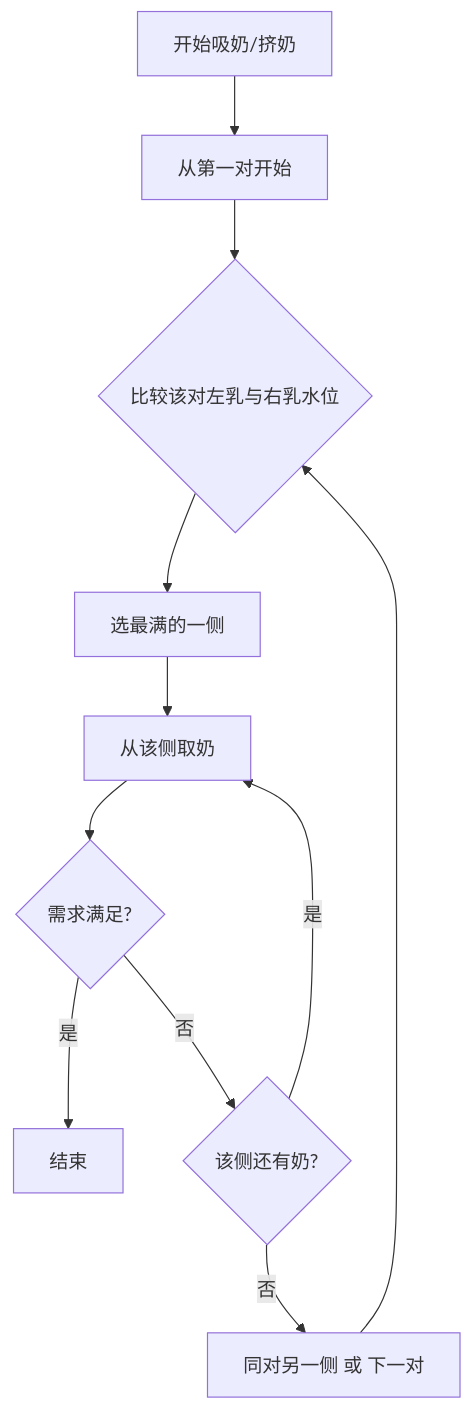
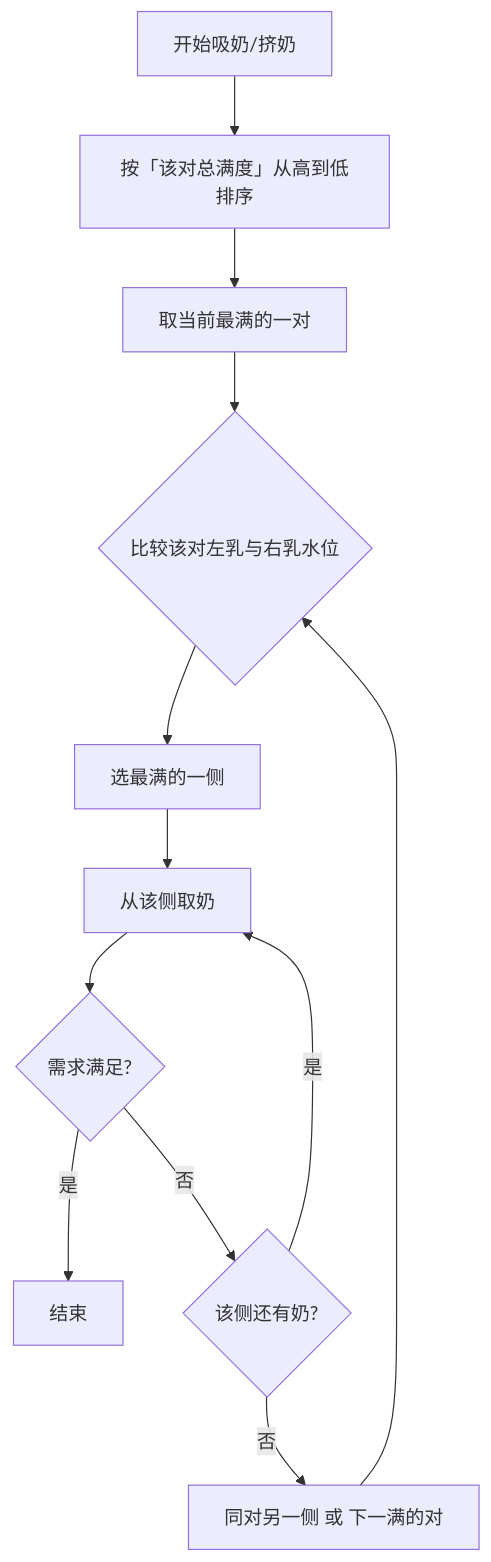
Before and after one commit to q847633684/rjw-cummilk: the fourth of 6 diagrams in Docs/泌乳系统逻辑图.md, drawn with Mermaid. The commit also changed other lines of this file and 17 other files, not shown here.

````diff
--- a/Docs/泌乳系统逻辑图.md
+++ b/Docs/泌乳系统逻辑图.md
@@ -87,13 +87,14 @@
 ```mermaid
 flowchart TD
-    A[开始吸奶/挤奶] --> B[从第一对开始]
-    B --> C{比较该对左乳与右乳水位}
-    C --> D[选最满的一侧]
-    D --> E[从该侧取奶]
-    E --> F{需求满足?}
-    F -->|是| G[结束]
-    F -->|否| H{该侧还有奶?}
-    H -->|否| I[同对另一侧 或 下一对]
-    H -->|是| E
-    I --> C
+    A[开始吸奶/挤奶] --> B[按「该对总满度」从高到低排序]
+    B --> C[取当前最满的一对]
+    C --> D{比较该对左乳与右乳水位}
+    D --> E[选最满的一侧]
+    E --> F[从该侧取奶]
+    F --> G{需求满足?}
+    G -->|是| H[结束]
+    G -->|否| I{该侧还有奶?}
+    I -->|否| J[同对另一侧 或 下一满的对]
+    I -->|是| F
+    J --> D
 ```
````
